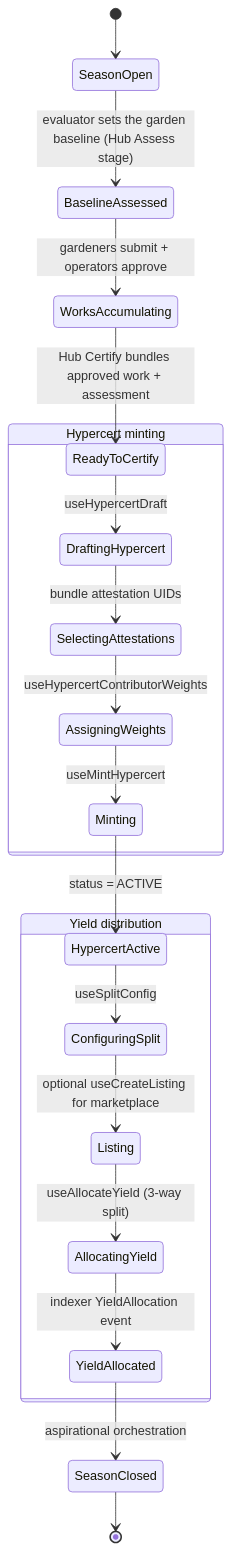
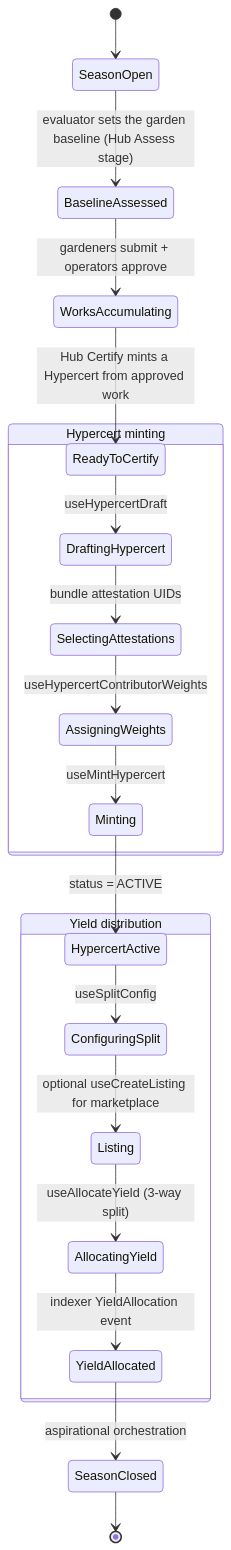
The diagram in docs/docs/builders/journeys/harvest.mdx (greenpill-dev-guild/green-goods), drawn with Mermaid before and after one commit. The commit also changed other lines of this file and 3 other files, not shown here.

First line of the commit message:
docs: correct hypercert bundle scope — work only, not assessment (PR review)

````diff
--- a/docs/docs/builders/journeys/harvest.mdx
+++ b/docs/docs/builders/journeys/harvest.mdx
@@ -41,25 +41,25 @@
 ```mermaid
 stateDiagram-v2
     [*] --> SeasonOpen
     SeasonOpen --> BaselineAssessed: evaluator sets the garden baseline (Hub Assess stage)
     BaselineAssessed --> WorksAccumulating: gardeners submit + operators approve
-    WorksAccumulating --> ReadyToCertify: Hub Certify bundles approved work + assessment
+    WorksAccumulating --> ReadyToCertify: Hub Certify mints a Hypercert from approved work
 
     state "Hypercert minting" as Mint {
         ReadyToCertify --> DraftingHypercert: useHypercertDraft
         DraftingHypercert --> SelectingAttestations: bundle attestation UIDs
         SelectingAttestations --> AssigningWeights: useHypercertContributorWeights
         AssigningWeights --> Minting: useMintHypercert
         Minting --> HypercertActive: status = ACTIVE
     }
 
     state "Yield distribution" as Distribute {
         HypercertActive --> ConfiguringSplit: useSplitConfig
         ConfiguringSplit --> Listing: optional useCreateListing for marketplace
         Listing --> AllocatingYield: useAllocateYield (3-way split)
         AllocatingYield --> YieldAllocated: indexer YieldAllocation event
     }
 
     YieldAllocated --> SeasonClosed: aspirational orchestration
     SeasonClosed --> [*]
 ```
````
